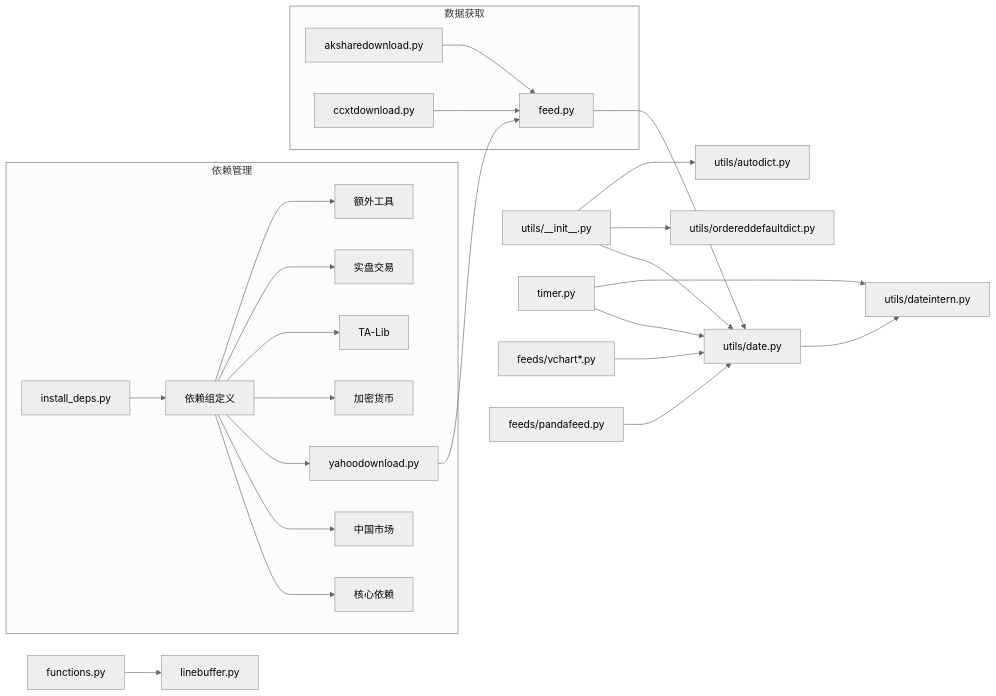
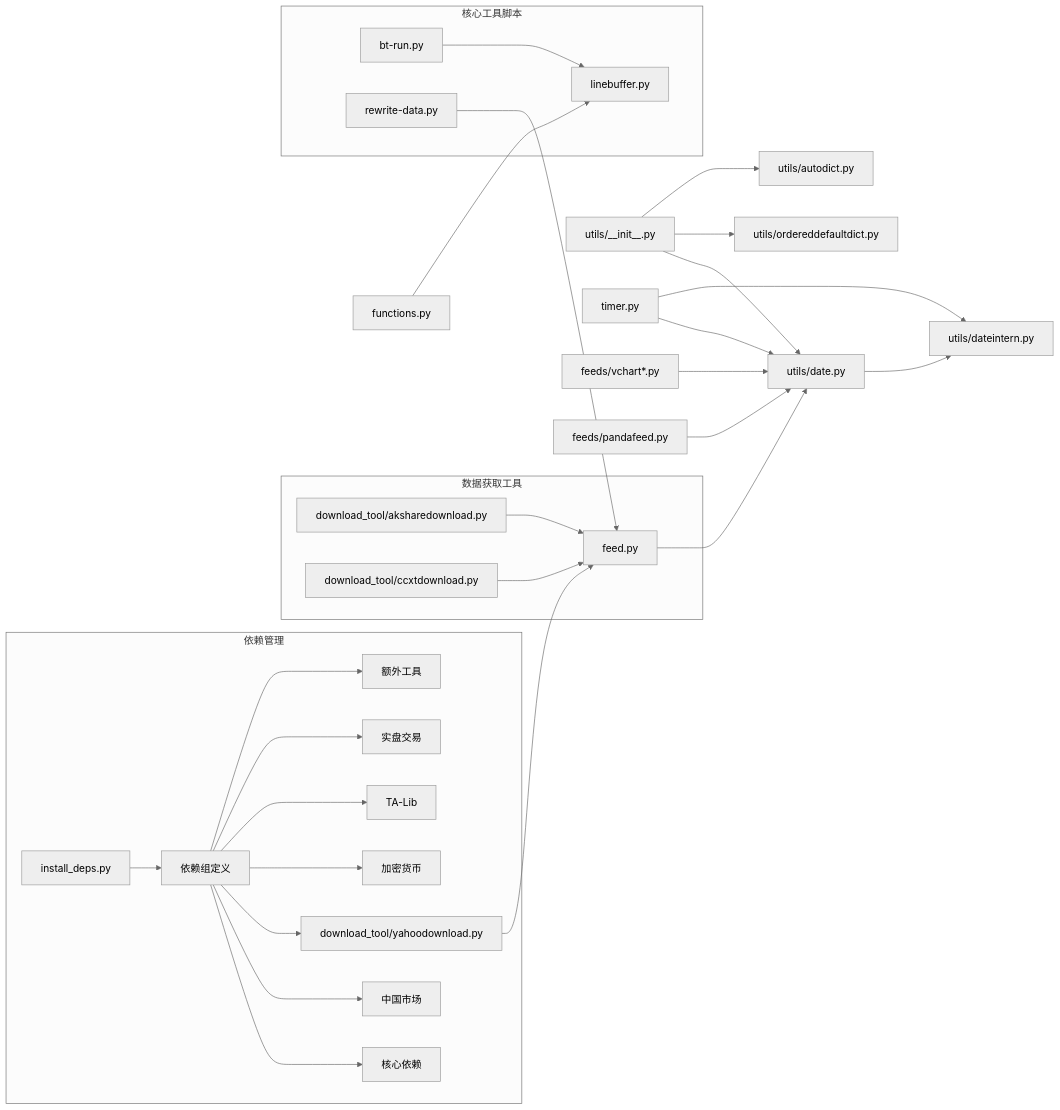
Before and after one commit to bench-prog/backtrader: diagram 12 of 12 in .qoder/repowiki/zh/content/工具函数与实用程序/工具函数与实用程序.md, drawn with Mermaid (neutral theme). The commit also changed other lines of this file and 40 other files, not shown here.

````diff
--- a/.qoder/repowiki/zh/content/工具函数与实用程序/工具函数与实用程序.md
+++ b/.qoder/repowiki/zh/content/工具函数与实用程序/工具函数与实用程序.md
@@ -510,28 +535,32 @@
 ```mermaid
 graph LR
 UtilsInit["utils/__init__.py"] --> Date["utils/date.py"]
 UtilsInit --> ODD["utils/ordereddefaultdict.py"]
 UtilsInit --> AD["utils/autodict.py"]
 Date --> DateIntern["utils/dateintern.py"]
 Functions["functions.py"] --> LineBuffer["linebuffer.py"]
 Timer["timer.py"] --> Date
 Timer --> DateIntern
 Feed["feed.py"] --> Date
 VChart["feeds/vchart*.py"] --> Date
 Pandas["feeds/pandafeed.py"] --> Date
 subgraph "依赖管理"
 Installer["install_deps.py"] --> Groups["依赖组定义"]
 Groups --> Core["核心依赖"]
 Groups --> China["中国市场"]
 Groups --> Yahoo["Yahoo Finance"]
 Groups --> Crypto["加密货币"]
 Groups --> TA["TA-Lib"]
 Groups --> Trading["实盘交易"]
 Groups --> Extras["额外工具"]
 end
-subgraph "数据获取"
-AkShare["aksharedownload.py"] --> Feed
-Yahoo["yahoodownload.py"] --> Feed
-CCXT["ccxtdownload.py"] --> Feed
+subgraph "数据获取工具"
+AkShare["download_tool/aksharedownload.py"] --> Feed
+Yahoo["download_tool/yahoodownload.py"] --> Feed
+CCXT["download_tool/ccxtdownload.py"] --> Feed
+end
+subgraph "核心工具脚本"
+BT["bt-run.py"] --> LineBuffer
+Rewrite["rewrite-data.py"] --> Feed
 end
 ```
````
